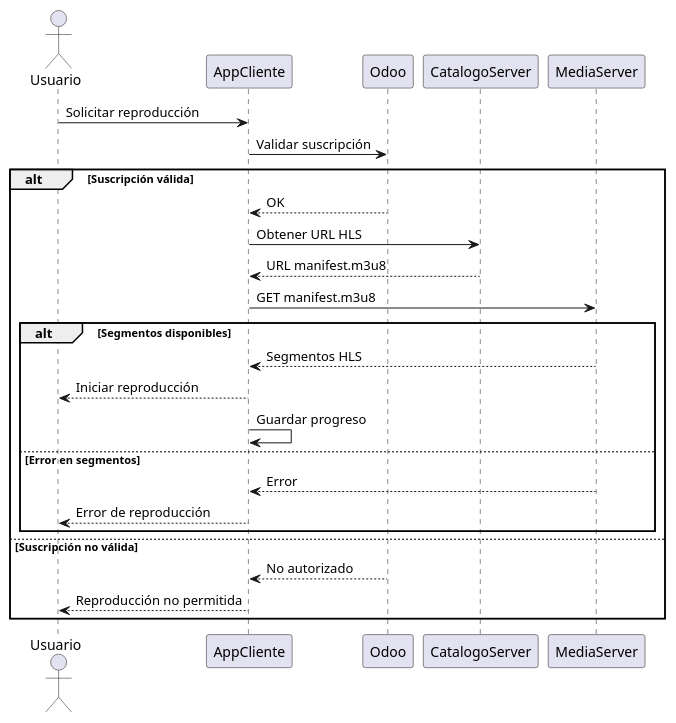
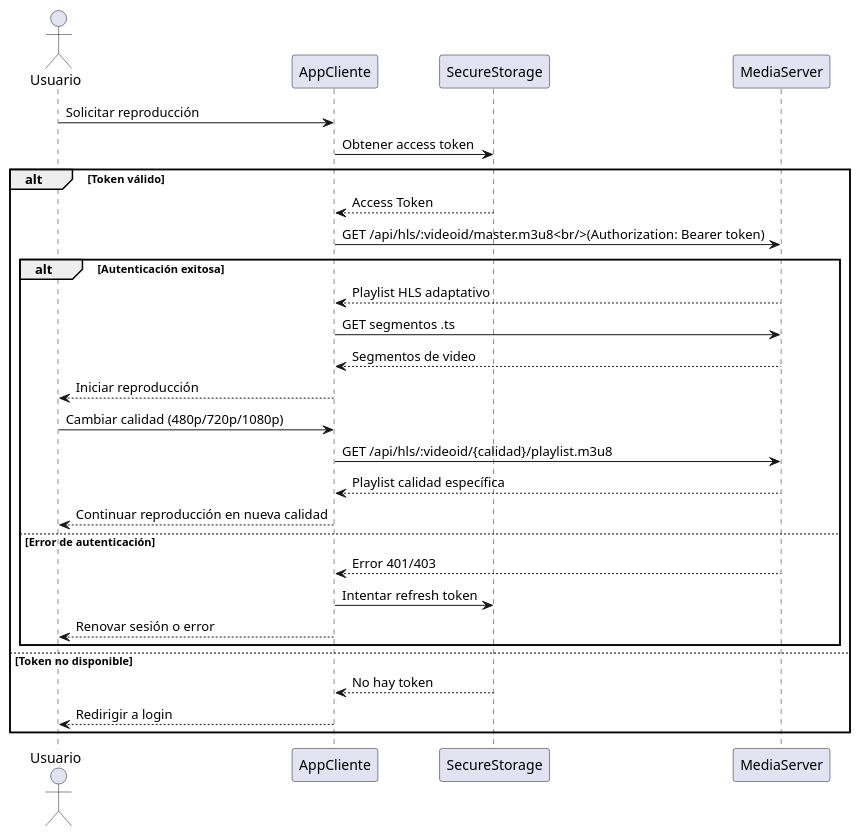
The sixth of 9 diagrams in docs/frontend/video_reproductor.md (ComfyPenguin/Bloste-Docs), drawn with PlantUML before and after one commit. The commit also changed other lines of this file and 1 other file, not shown here.

First line of the commit message:
Update video_reproductor.md to reflect blosteflix2 Flutter architecture (#2)

````diff
--- a/docs/frontend/video_reproductor.md
+++ b/docs/frontend/video_reproductor.md
@@ -158,30 +207,34 @@
 ```plantuml
 @startuml
 actor Usuario
 participant AppCliente
-participant Odoo
-participant CatalogoServer
+participant SecureStorage
 participant MediaServer
 
 Usuario -> AppCliente : Solicitar reproducción
-AppCliente -> Odoo : Validar suscripción
-alt Suscripción válida
-    Odoo --> AppCliente : OK
-    AppCliente -> CatalogoServer : Obtener URL HLS
-    CatalogoServer --> AppCliente : URL manifest.m3u8
-    AppCliente -> MediaServer : GET manifest.m3u8
-    alt Segmentos disponibles
-        MediaServer --> AppCliente : Segmentos HLS
+AppCliente -> SecureStorage : Obtener access token
+alt Token válido
+    SecureStorage --> AppCliente : Access Token
+    AppCliente -> MediaServer : GET /api/hls/:videoid/master.m3u8<br/>(Authorization: Bearer token)
+    alt Autenticación exitosa
+        MediaServer --> AppCliente : Playlist HLS adaptativo
+        AppCliente -> MediaServer : GET segmentos .ts
+        MediaServer --> AppCliente : Segmentos de video
         AppCliente --> Usuario : Iniciar reproducción
-        AppCliente -> AppCliente : Guardar progreso
-    else Error en segmentos
-        MediaServer --> AppCliente : Error
-        AppCliente --> Usuario : Error de reproducción
+        
+        Usuario -> AppCliente : Cambiar calidad (480p/720p/1080p)
+        AppCliente -> MediaServer : GET /api/hls/:videoid/{calidad}/playlist.m3u8
+        MediaServer --> AppCliente : Playlist calidad específica
+        AppCliente --> Usuario : Continuar reproducción en nueva calidad
+    else Error de autenticación
+        MediaServer --> AppCliente : Error 401/403
+        AppCliente -> SecureStorage : Intentar refresh token
+        AppCliente --> Usuario : Renovar sesión o error
     end
-else Suscripción no válida
-    Odoo --> AppCliente : No autorizado
-    AppCliente --> Usuario : Reproducción no permitida
+else Token no disponible
+    SecureStorage --> AppCliente : No hay token
+    AppCliente --> Usuario : Redirigir a login
 end
 @enduml
 
 ```
````
